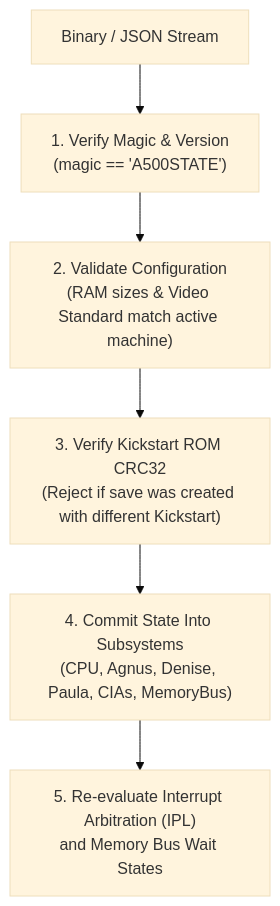
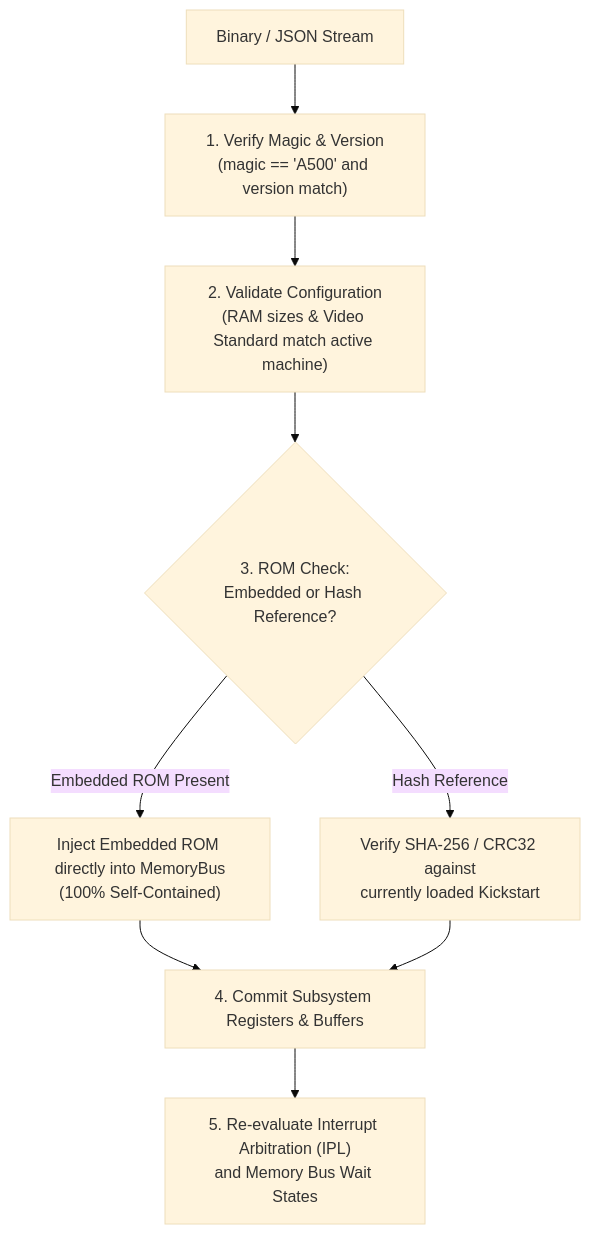
The second of 2 diagrams in Obsidian/Amiga/Design/SaveState.md (tomek-anuszkiewicz/amiga-studio), drawn with Mermaid (base theme) before and after one commit. The commit also changed other lines of this file and 4 other files, not shown here.

Commit message:
docs: detail 2-phase bus interleaving, simplify CycleCounter, and architect differential save states

````diff
--- a/Obsidian/Amiga/Design/SaveState.md
+++ b/Obsidian/Amiga/Design/SaveState.md
@@ -296,8 +459,13 @@
 ```mermaid
 flowchart TD
-    INPUT["Binary / JSON Stream"] --> HEADER["1. Verify Magic & Version\n(magic == 'A500STATE')"]
+    INPUT["Binary / JSON Stream"] --> HEADER["1. Verify Magic & Version\n(magic == 'A500' and version match)"]
     HEADER --> CONFIG["2. Validate Configuration\n(RAM sizes & Video Standard match active machine)"]
-    CONFIG --> CHECKSUM["3. Verify Kickstart ROM CRC32\n(Reject if save was created with different Kickstart)"]
-    CHECKSUM --> RESTORE["4. Commit State Into Subsystems\n(CPU, Agnus, Denise, Paula, CIAs, MemoryBus)"]
+    CONFIG --> ROM_CHECK{"3. ROM Check:\nEmbedded or Hash Reference?"}
+    
+    ROM_CHECK -->|Embedded ROM Present| LOAD_ROM["Inject Embedded ROM directly into MemoryBus\n(100% Self-Contained)"]
+    ROM_CHECK -->|Hash Reference| VERIFY_ROM["Verify SHA-256 / CRC32 against\ncurrently loaded Kickstart"]
+    
+    LOAD_ROM --> RESTORE["4. Commit Subsystem Registers & Buffers"]
+    VERIFY_ROM --> RESTORE
     RESTORE --> ARBITRATE["5. Re-evaluate Interrupt Arbitration (IPL)\nand Memory Bus Wait States"]
 ```
````
